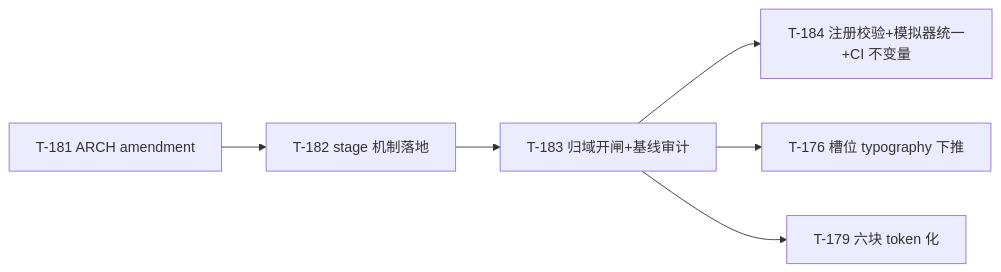
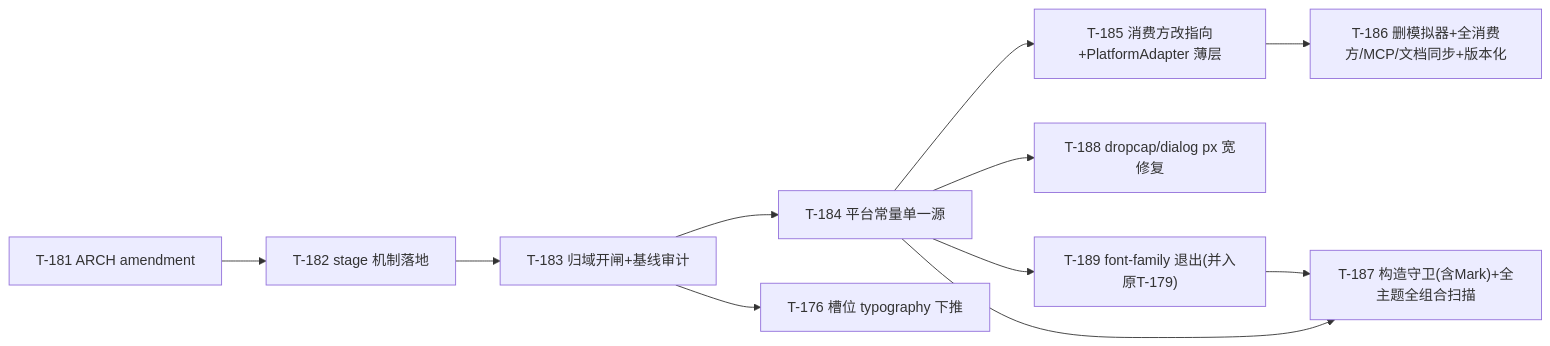
Before and after one commit to lync-cyber/wechat-flow: the fourth of 4 diagrams in docs/dev-plan/dev-plan-wechat-flow-s7.md, drawn with Mermaid. The commit also changed other lines of this file and 10 other files, not shown here.

````diff
--- a/docs/dev-plan/dev-plan-wechat-flow-s7.md
+++ b/docs/dev-plan/dev-plan-wechat-flow-s7.md
@@ -1607,10 +1602,18 @@
 ```mermaid
 graph LR
     T-181["T-181 ARCH amendment"]
     T-182["T-182 stage 机制落地"]
     T-183["T-183 归域开闸+基线审计"]
-    T-184["T-184 注册校验+模拟器统一+CI 不变量"]
+    T-184["T-184 平台常量单一源"]
+    T-185["T-185 消费方改指向+PlatformAdapter 薄层"]
+    T-186["T-186 删模拟器+全消费方/MCP/文档同步+版本化"]
+    T-187["T-187 构造守卫(含Mark)+全主题全组合扫描"]
+    T-188["T-188 dropcap/dialog px 宽修复"]
+    T-189["T-189 font-family 退出(并入原T-179)"]
     T-181 --> T-182 --> T-183 --> T-184
+    T-184 --> T-185 --> T-186
+    T-184 --> T-189 --> T-187
+    T-184 --> T-187
+    T-184 --> T-188
     T-183 --> T-176["T-176 槽位 typography 下推"]
-    T-183 --> T-179["T-179 六块 token 化"]
 ```
````
